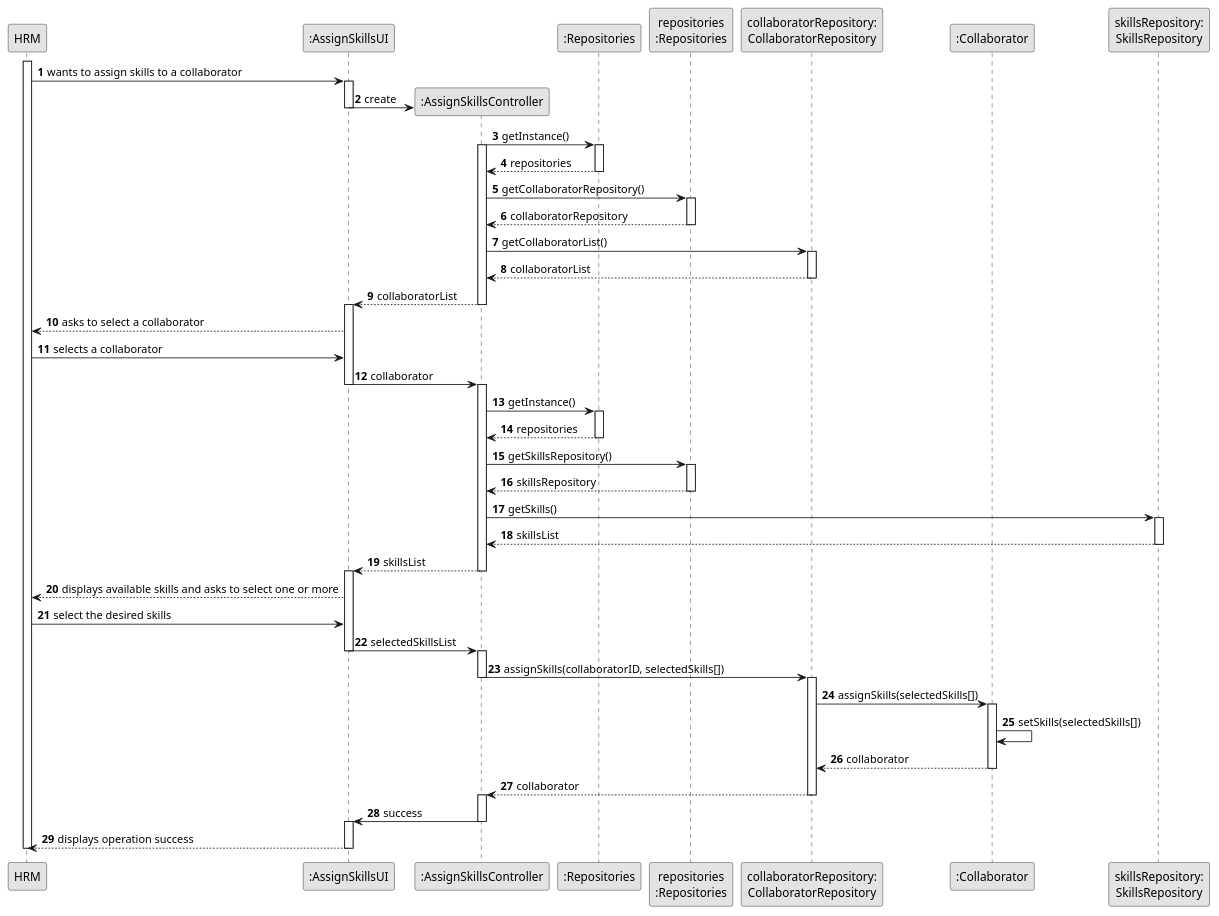
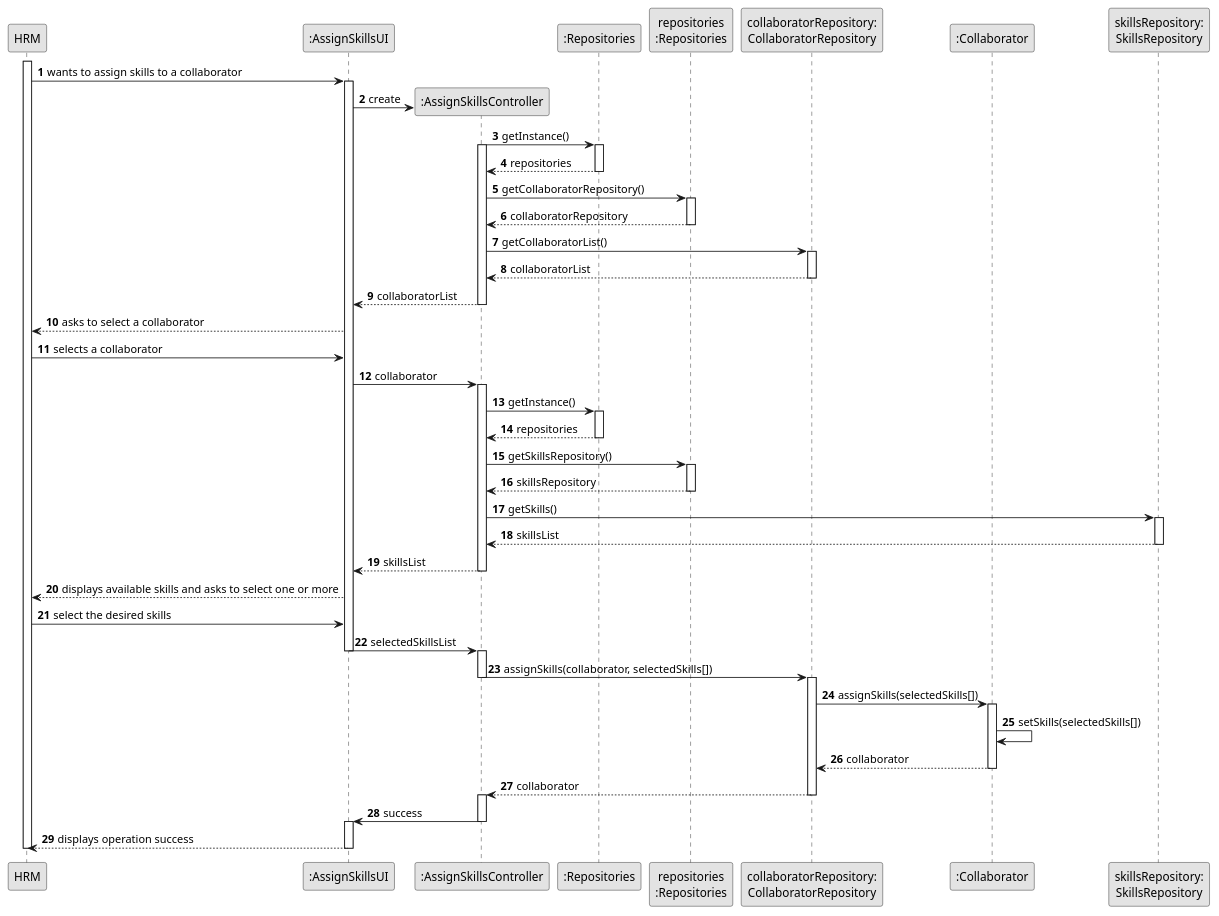
Before and after one commit to ricardomm7/leaflink: the diagram in docs/sprintB/us004/03.design/puml/us004-sequence-diagram-full.puml, drawn with PlantUML. The commit also changed 70 other files, not shown here.

```diff
--- a/docs/sprintB/us004/03.design/puml/us004-sequence-diagram-full.puml
+++ b/docs/sprintB/us004/03.design/puml/us004-sequence-diagram-full.puml
@@ -1,87 +1,83 @@
 @startuml
 skinparam monochrome true
 skinparam packageStyle rectangle
 skinparam shadowing false
 
 autonumber
 
 participant "HRM" as HRM
 participant ":AssignSkillsUI" as UI
 participant ":AssignSkillsController" as CTRL
 participant ":Repositories" as GlobRepo
 participant "repositories\n:Repositories" as PLAT
 participant "collaboratorRepository:\nCollaboratorRepository" as CLBREP
 participant ":Collaborator" as CLB
 participant "skillsRepository:\nSkillsRepository" as skillsRepository
 
 
 activate HRM
 HRM -> UI : wants to assign skills to a collaborator
 activate UI
 UI -> CTRL** : create
 
-deactivate UI
 
 CTRL -> GlobRepo : getInstance()
 activate CTRL
 activate GlobRepo
 GlobRepo --> CTRL : repositories
 deactivate GlobRepo
 CTRL -> PLAT : getCollaboratorRepository()
 activate PLAT
 PLAT -->  CTRL: collaboratorRepository
 deactivate PLAT
 
 CTRL -> CLBREP : getCollaboratorList()
 activate CLBREP
 CLBREP --> CTRL : collaboratorList
 deactivate CLBREP
 CTRL --> UI : collaboratorList
 deactivate CTRL
-activate UI
 UI --> HRM : asks to select a collaborator
 HRM -> UI : selects a collaborator
 UI -> CTRL : collaborator
-deactivate UI
 activate CTRL
 
 CTRL -> GlobRepo : getInstance()
 activate GlobRepo
 GlobRepo --> CTRL : repositories
 deactivate GlobRepo
 CTRL -> PLAT : getSkillsRepository()
 activate PLAT
 PLAT -->  CTRL: skillsRepository
 deactivate PLAT
 CTRL -> skillsRepository : getSkills()
 activate skillsRepository
 skillsRepository --> CTRL : skillsList
 deactivate skillsRepository
 CTRL --> UI : skillsList
 deactivate CTRL
-activate UI
 UI --> HRM : displays available skills and asks to select one or more
 HRM -> UI : select the desired skills
 UI -> CTRL : selectedSkillsList
 deactivate UI
 activate CTRL
 
 
-CTRL -> CLBREP : assignSkills(collaboratorID, selectedSkills[])
+CTRL -> CLBREP : assignSkills(collaborator, selectedSkills[])
 deactivate CTRL
 activate CLBREP
 CLBREP -> CLB : assignSkills(selectedSkills[])
 activate CLB
 CLB -> CLB : setSkills(selectedSkills[])
 CLB --> CLBREP : collaborator
 deactivate CLB
 CLBREP --> CTRL : collaborator
 deactivate CLBREP
 activate CTRL
 CTRL -> UI : success
 deactivate CTRL
 activate UI
 UI --> HRM : displays operation success
 deactivate UI
 deactivate HRM
 @enduml
```
